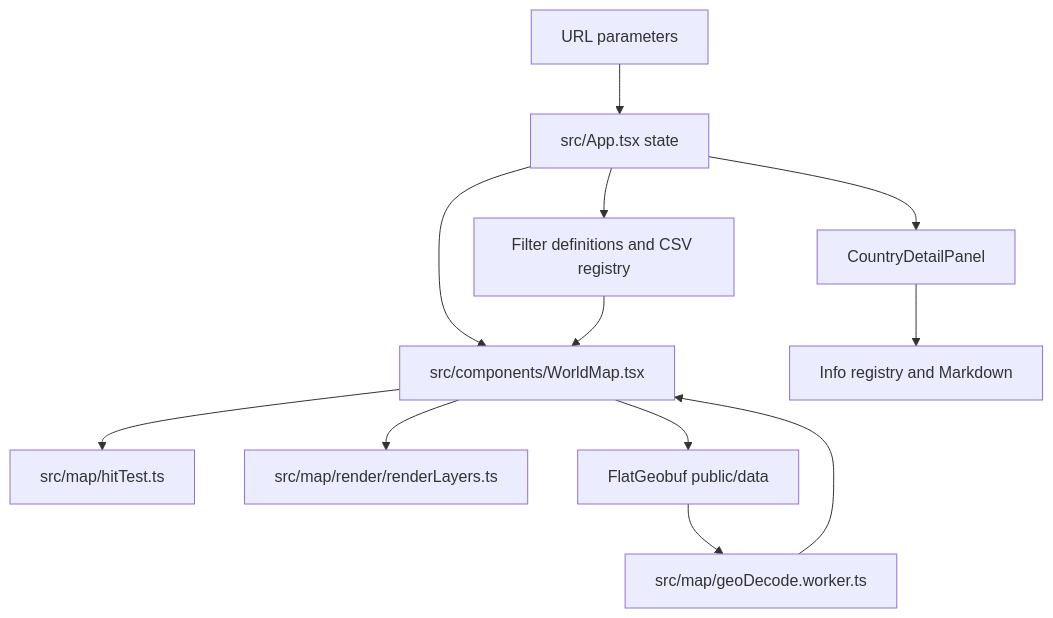
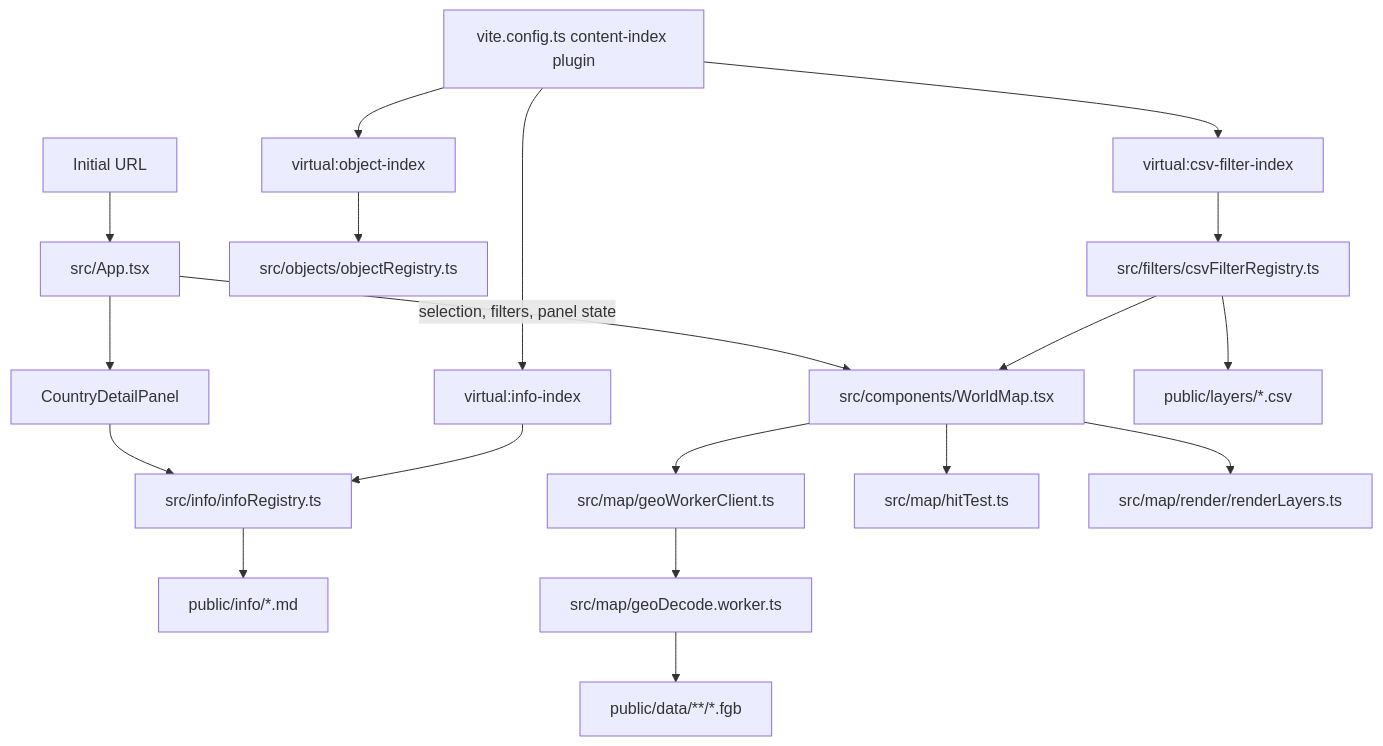
Before and after one commit to harvey-euph/inter-geo: the diagram in docs/agent-onboarding.md, drawn with Mermaid. The commit also changed other lines of this file, not shown here.

````diff
--- a/docs/agent-onboarding.md
+++ b/docs/agent-onboarding.md
@@ -35,14 +68,21 @@
 ```mermaid
 flowchart TD
-  URL[URL parameters] --> APP[src/App.tsx state]
-  APP --> MAP[src/components/WorldMap.tsx]
+  URL[Initial URL] --> APP[src/App.tsx]
+  APP -->|selection, filters, panel state| MAP[src/components/WorldMap.tsx]
+  APP --> PANEL[CountryDetailPanel]
+  PANEL --> INFOREG[src/info/infoRegistry.ts]
+  INFOREG --> MD[public/info/*.md]
+  VITE[vite.config.ts content-index plugin] --> OIDX[virtual:object-index]
+  VITE --> IIDX[virtual:info-index]
+  VITE --> CIDX[virtual:csv-filter-index]
+  OIDX --> OBJECTS[src/objects/objectRegistry.ts]
+  IIDX --> INFOREG
+  CIDX --> CSVREG[src/filters/csvFilterRegistry.ts]
+  CSVREG --> CSV[public/layers/*.csv]
+  MAP --> CLIENT[src/map/geoWorkerClient.ts]
+  CLIENT --> WORKER[src/map/geoDecode.worker.ts]
+  WORKER --> FGB[public/data/**/*.fgb]
   MAP --> HIT[src/map/hitTest.ts]
   MAP --> DRAW[src/map/render/renderLayers.ts]
-  MAP --> GEO[FlatGeobuf public/data]
-  GEO --> WORKER[src/map/geoDecode.worker.ts]
-  WORKER --> MAP
-  APP --> PANEL[CountryDetailPanel]
-  PANEL --> INFO[Info registry and Markdown]
-  APP --> FILTER[Filter definitions and CSV registry]
-  FILTER --> MAP
+  CSVREG --> MAP
 ```
````
